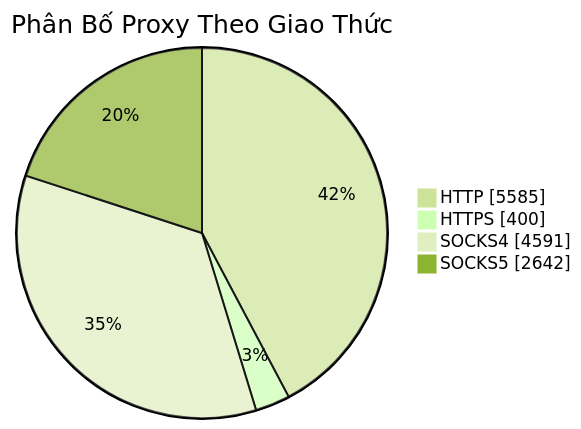
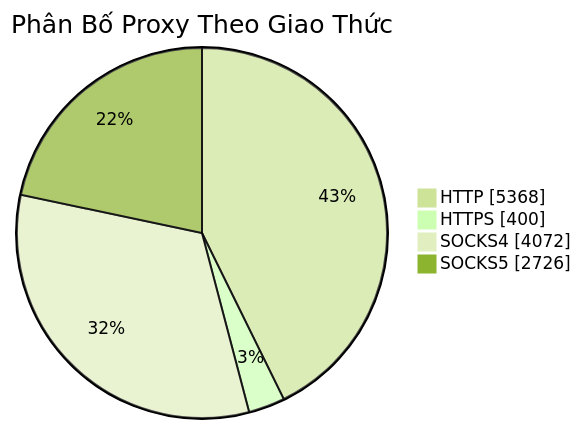
The diagram in README.md (Ciara-Aa/PROXY-free), drawn with Mermaid (forest theme) before and after one commit. The commit also changed other lines of this file and 4 other files, not shown here.

````diff
--- a/README.md
+++ b/README.md
@@ -26,7 +26,7 @@
 ```mermaid
 pie showData title Phân Bố Proxy Theo Giao Thức
-    "HTTP" : 5585
+    "HTTP" : 5368
     "HTTPS" : 400
-    "SOCKS4" : 4591
-    "SOCKS5" : 2642
+    "SOCKS4" : 4072
+    "SOCKS5" : 2726
 ```
````
